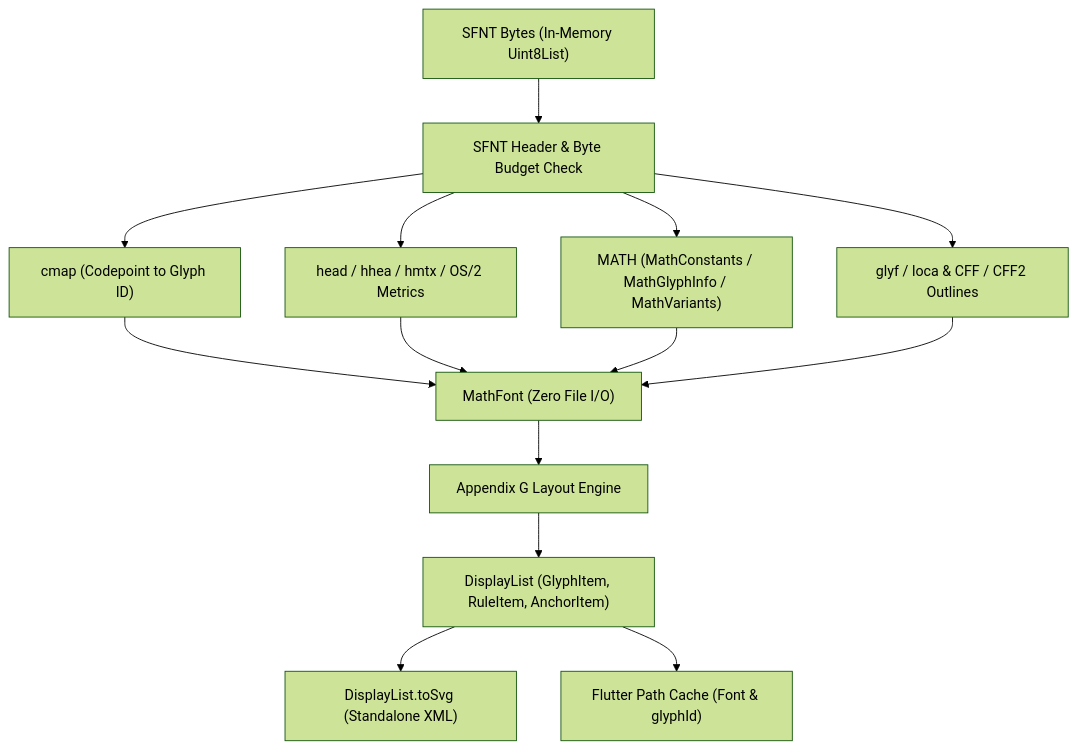
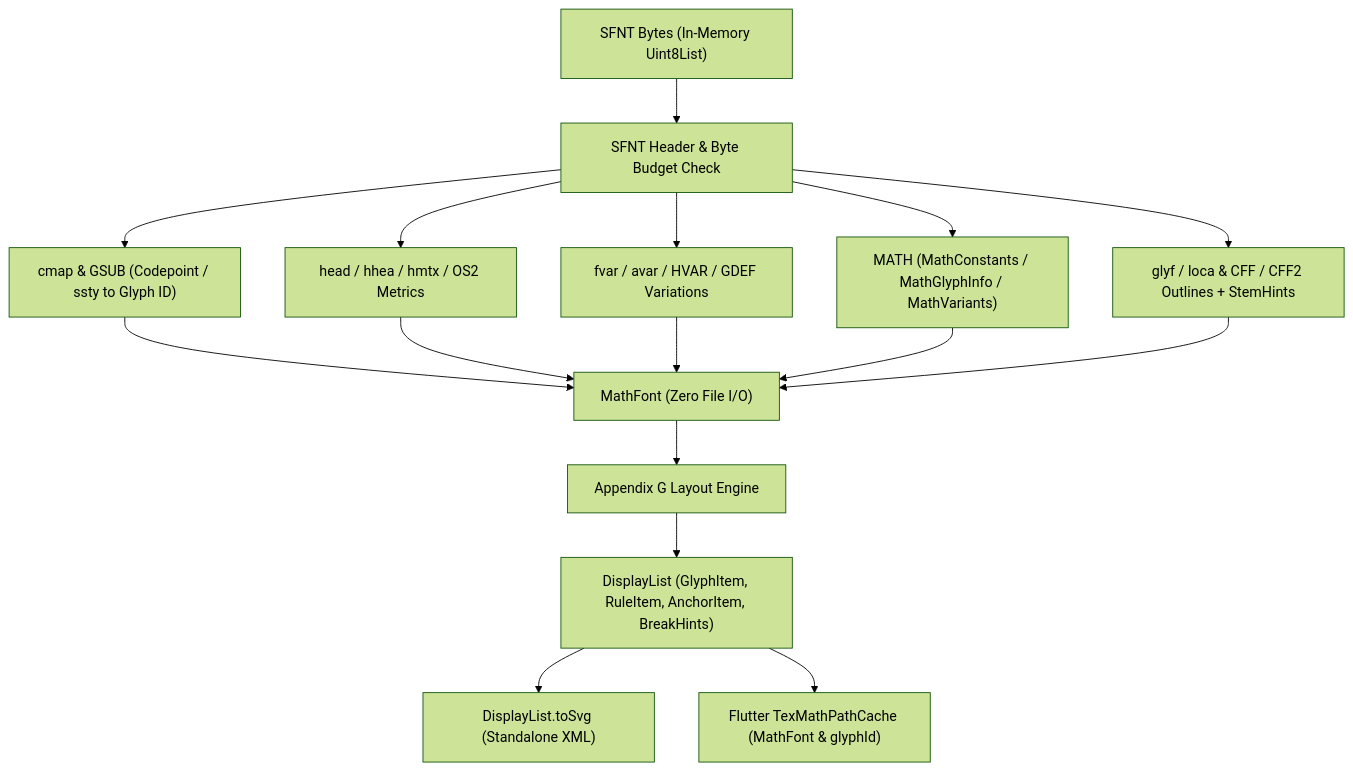
The second of 3 diagrams in doc/ARCHITECTURE.md (tkinnis/tex_math), drawn with Mermaid (forest theme) before and after one commit. The commit also changed other lines of this file and 30 other files, not shown here.

````diff
--- a/doc/ARCHITECTURE.md
+++ b/doc/ARCHITECTURE.md
@@ -81,16 +81,18 @@
 ```mermaid
 flowchart TD
   Bytes["SFNT Bytes (In-Memory Uint8List)"] --> Header["SFNT Header & Byte Budget Check"]
-  Header --> Cmap["cmap (Codepoint to Glyph ID)"]
-  Header --> Hmtx["head / hhea / hmtx / OS/2 Metrics"]
+  Header --> Cmap["cmap & GSUB (Codepoint / ssty to Glyph ID)"]
+  Header --> Hmtx["head / hhea / hmtx / OS2 Metrics"]
+  Header --> Var["fvar / avar / HVAR / GDEF Variations"]
   Header --> MathTbl["MATH (MathConstants / MathGlyphInfo / MathVariants)"]
-  Header --> Outlines["glyf / loca & CFF / CFF2 Outlines"]
+  Header --> Outlines["glyf / loca & CFF / CFF2 Outlines + StemHints"]
   Cmap --> Font["MathFont (Zero File I/O)"]
   Hmtx --> Font
+  Var --> Font
   MathTbl --> Font
   Outlines --> Font
   Font --> Layout["Appendix G Layout Engine"]
-  Layout --> DL["DisplayList (GlyphItem, RuleItem, AnchorItem)"]
+  Layout --> DL["DisplayList (GlyphItem, RuleItem, AnchorItem, BreakHints)"]
   DL --> Svg["DisplayList.toSvg (Standalone XML)"]
-  DL --> PathCache["Flutter Path Cache (Font & glyphId)"]
+  DL --> PathCache["Flutter TexMathPathCache (MathFont & glyphId)"]
 ```
````
